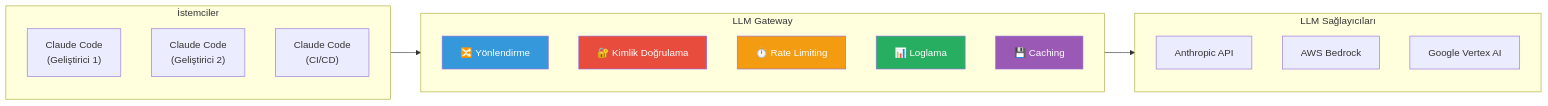
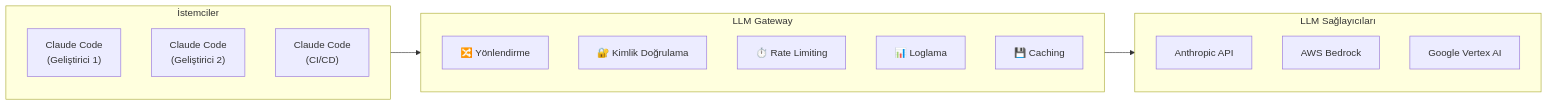
Before and after one commit to IzzetYasinAtes/ClaudeCodeHandbook: the first of 6 diagrams in 18-kurumsal-kullanim/05-llm-gateway.md, drawn with Mermaid. The commit also changed other lines of this file and 97 other files, not shown here.

Commit message:
Remove all custom Mermaid style/fill colors from 98 markdown files for consistent dark theme rendering

````diff
--- a/18-kurumsal-kullanim/05-llm-gateway.md
+++ b/18-kurumsal-kullanim/05-llm-gateway.md
@@ -18,30 +18,25 @@
 ```mermaid
 flowchart LR
     subgraph clients ["İstemciler"]
         CC1["Claude Code<br/>(Geliştirici 1)"]
         CC2["Claude Code<br/>(Geliştirici 2)"]
         CC3["Claude Code<br/>(CI/CD)"]
     end
 
     subgraph gateway ["LLM Gateway"]
         ROUTE["🔀 Yönlendirme"]
         AUTH["🔐 Kimlik Doğrulama"]
         RATE["⏱️ Rate Limiting"]
         LOG["📊 Loglama"]
         CACHE["💾 Caching"]
     end
 
     subgraph providers ["LLM Sağlayıcıları"]
         ANTHROPIC["Anthropic API"]
         BEDROCK["AWS Bedrock"]
         VERTEX["Google Vertex AI"]
     end
 
     clients --> gateway --> providers
 
-    style ROUTE fill:#3498DB,color:#fff
-    style AUTH fill:#E74C3C,color:#fff
-    style RATE fill:#F39C12,color:#fff
-    style LOG fill:#27AE60,color:#fff
-    style CACHE fill:#9B59B6,color:#fff
 ```
````
